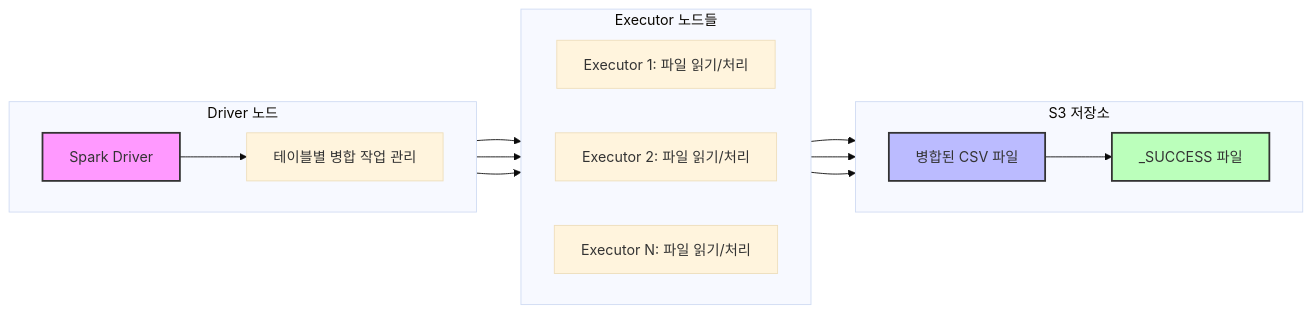
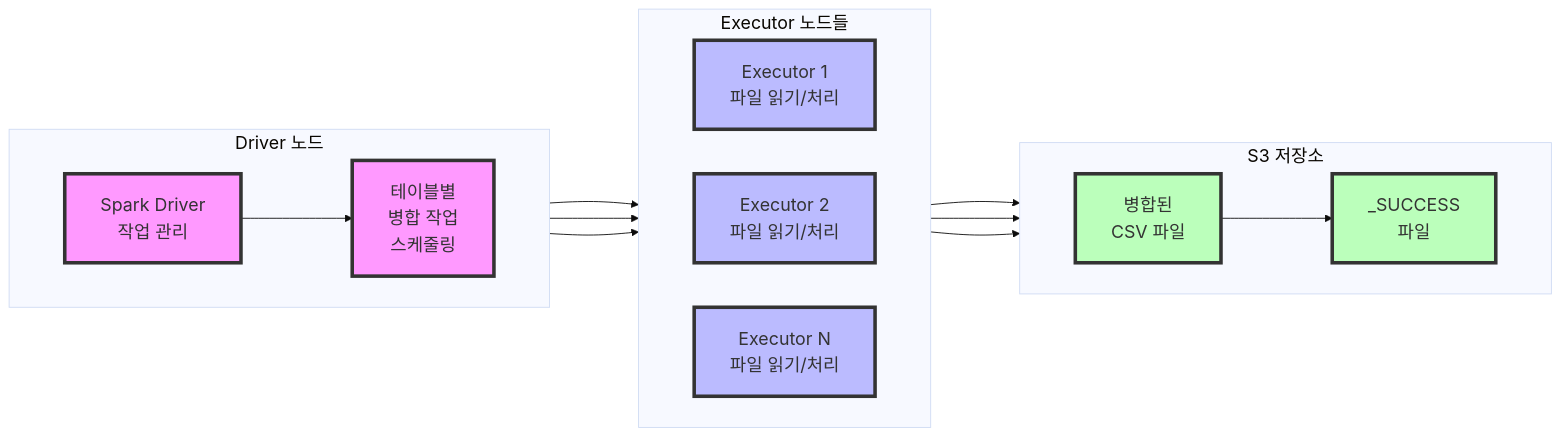
Before and after one commit to yeokyeong-yoon/yeokyeong-yoon.github.io: the eighth of 11 diagrams in _posts/2025-03-18-etl-pipeline.md, drawn with Mermaid. The commit also changed other lines of this file, not shown here.

Commit message:
docs: Increase diagram size and improve readability with larger fonts and better spacing

````diff
--- a/_posts/2025-03-18-etl-pipeline.md
+++ b/_posts/2025-03-18-etl-pipeline.md
@@ -471,32 +493,51 @@
 ```mermaid
-%%{init: {'theme': 'base', 'themeVariables': { 'fontSize': '16px'}}}%%
+%%{init: {
+  'theme': 'base',
+  'themeVariables': {
+    'fontSize': '20px',
+    'fontFamily': 'arial',
+    'lineHeight': '1.5',
+    'textAlignment': 'center'
+  },
+  'flowchart': {
+    'nodeSpacing': 50,
+    'rankSpacing': 100,
+    'padding': 20,
+    'width': '100%',
+    'height': '100%'
+  }
+}}%%
 graph LR
     subgraph "Driver 노드"
         direction LR
-        D1[Spark Driver] --> D2[테이블별 병합 작업 관리]
+        D1[Spark Driver<br/>작업 관리] --> D2[테이블별<br/>병합 작업<br/>스케줄링]
     end
     
     subgraph "Executor 노드들"
         direction LR
-        E1[Executor 1: 파일 읽기/처리]
-        E3[Executor 2: 파일 읽기/처리]
-        E5[Executor N: 파일 읽기/처리]
+        E1[Executor 1<br/>파일 읽기/처리]
+        E3[Executor 2<br/>파일 읽기/처리]
+        E5[Executor N<br/>파일 읽기/처리]
     end
     
     subgraph "S3 저장소"
         direction LR
-        S1[병합된 CSV 파일] --> S2[_SUCCESS 파일]
+        S1[병합된<br/>CSV 파일] --> S2[_SUCCESS<br/>파일]
     end
     
     D2 --> E1
     D2 --> E3
     D2 --> E5
     
     E1 --> S1
     E3 --> S1
     E5 --> S1
     
-    style D1 fill:#f9f,stroke:#333,stroke-width:2px
-    style S1 fill:#bbf,stroke:#333,stroke-width:2px
-    style S2 fill:#bfb,stroke:#333,stroke-width:2px
+    style D1 fill:#f9f,stroke:#333,stroke-width:4px
+    style D2 fill:#f9f,stroke:#333,stroke-width:4px
+    style E1 fill:#bbf,stroke:#333,stroke-width:4px
+    style E3 fill:#bbf,stroke:#333,stroke-width:4px
+    style E5 fill:#bbf,stroke:#333,stroke-width:4px
+    style S1 fill:#bfb,stroke:#333,stroke-width:4px
+    style S2 fill:#bfb,stroke:#333,stroke-width:4px
 ```
````
